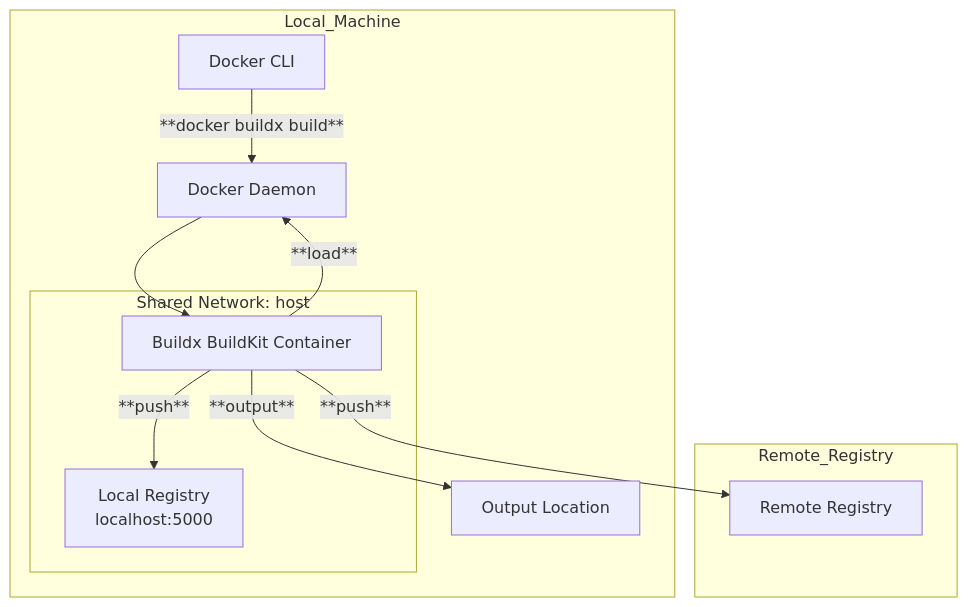
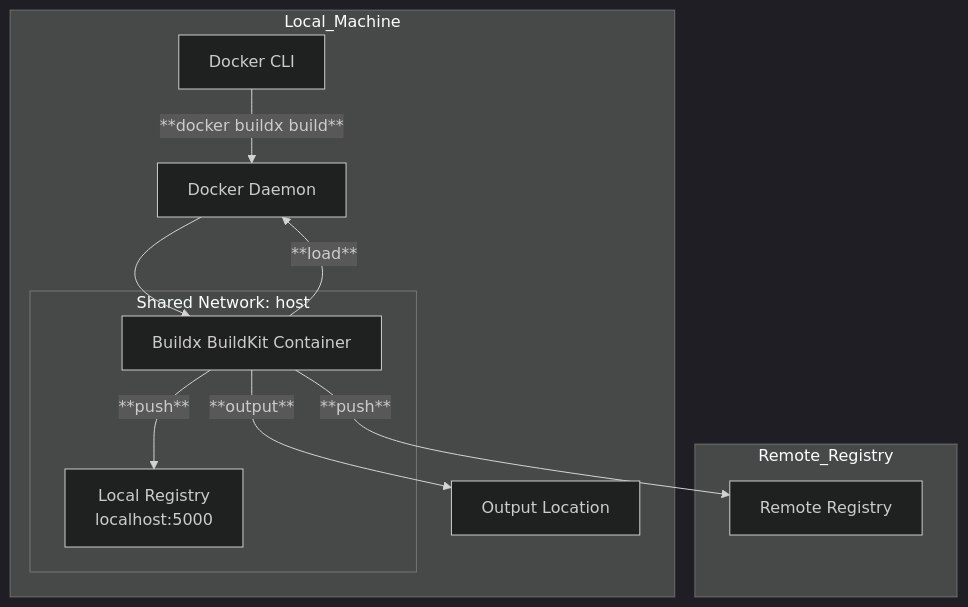
Before and after one commit to omegaatt36/omegaatt-blog: the second of 2 diagrams in content/blogs/develop/2025/building_multiple_platform_container_image/index.md, drawn with Mermaid. The commit also changed other lines of this file and 1 other file, not shown here.

````diff
--- a/content/blogs/develop/2025/building_multiple_platform_container_image/index.md
+++ b/content/blogs/develop/2025/building_multiple_platform_container_image/index.md
@@ -404,35 +406,37 @@
 ```mermaid
+%%{init: {'theme':'dark'}}%%
 flowchart TD
     %% Docker CLI and Output Location in the same row
+
     subgraph Local_Machine
         CLI[Docker CLI]
         D[Output Location]
         A[Docker Daemon]
 
         %% Same network group
         subgraph Network_Group[Shared Network: host]
             B[Buildx BuildKit Container]
             R[Local Registry<br>localhost:5000]
         end
     end
 
     subgraph Remote_Registry
         C[Remote Registry]
     end
 
     %% --push to local registry
     B --**push**--> R
 
     %% --push to remote registry (optional)
     B --**push**--> C
 
     %% --load to Docker daemon
     B --**load**--> A
 
     %% --output to specified location
     B --**output**--> D
 
     %% Docker CLI triggers buildx build
     CLI --**docker buildx build**--> A
     A --> B
 ```
````
